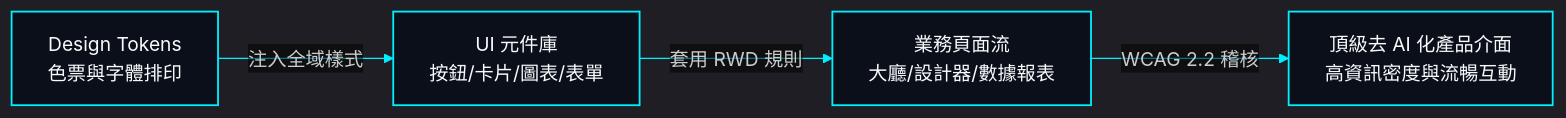
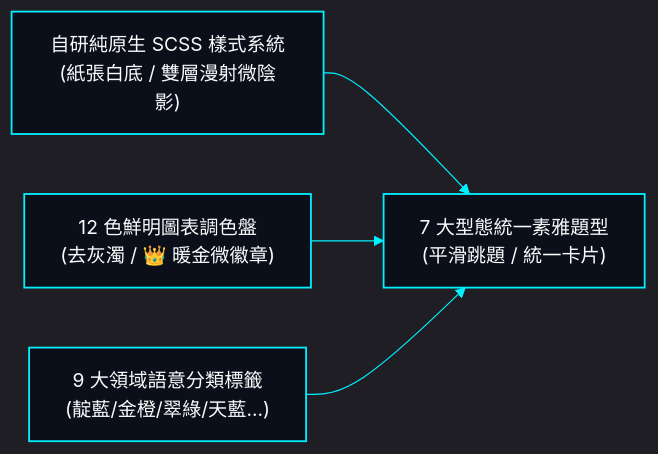
One commit to EricXJason/survey-flow changed the diagram in docs/system-design/08-ui-ux-standards.md. Above: the diagram before and after it, drawn with Mermaid. The commit also changed other lines of this file and 17 other files, not shown here.

````diff
--- a/docs/system-design/08-ui-ux-standards.md
+++ b/docs/system-design/08-ui-ux-standards.md
@@ -90,9 +115,14 @@
 ```mermaid
 %%{init: {'theme': 'dark', 'themeVariables': { 'darkMode': true, 'background': '#030712', 'primaryColor': '#0b0f19', 'primaryTextColor': '#f8fafc', 'primaryBorderColor': '#00f0ff', 'lineColor': '#00f0ff', 'edgeLabelBackground': 'transparent' }}}%%
 flowchart LR
     classDef hudCard fill:#0b0f19,stroke:#00f0ff,stroke-width:1.5px,color:#f8fafc,rx:0px,ry:0px;
-    DesignToken["Design Tokens<br/>色票與字體排印"] -->|"注入全域樣式"| Components["UI 元件庫<br/>按鈕/卡片/圖表/表單"]
-    Components -->|"套用 RWD 規則"| Pages["業務頁面流<br/>大廳/設計器/數據報表"]
-    Pages -->|"WCAG 2.2 稽核"| Production["頂級去 AI 化產品介面<br/>高資訊密度與流暢互動"]
-    class DesignToken,Components,Pages,Production hudCard;
+
+    StyleSystem["自研純原生 SCSS 樣式系統<br/>(紙張白底 / 雙層漫射微陰影)"]:::hudCard
+    ChartSystem["12 色鮮明圖表調色盤<br/>(去灰濁 / 👑 暖金微徽章)"]:::hudCard
+    BadgeSystem["9 大領域語意分類標籤<br/>(靛藍/金橙/翠綠/天藍...)"]:::hudCard
+    FormSystem["7 大型態統一素雅題型<br/>(平滑跳題 / 統一卡片)"]:::hudCard
+
+    StyleSystem --> FormSystem
+    ChartSystem --> FormSystem
+    BadgeSystem --> FormSystem
 ```
````
